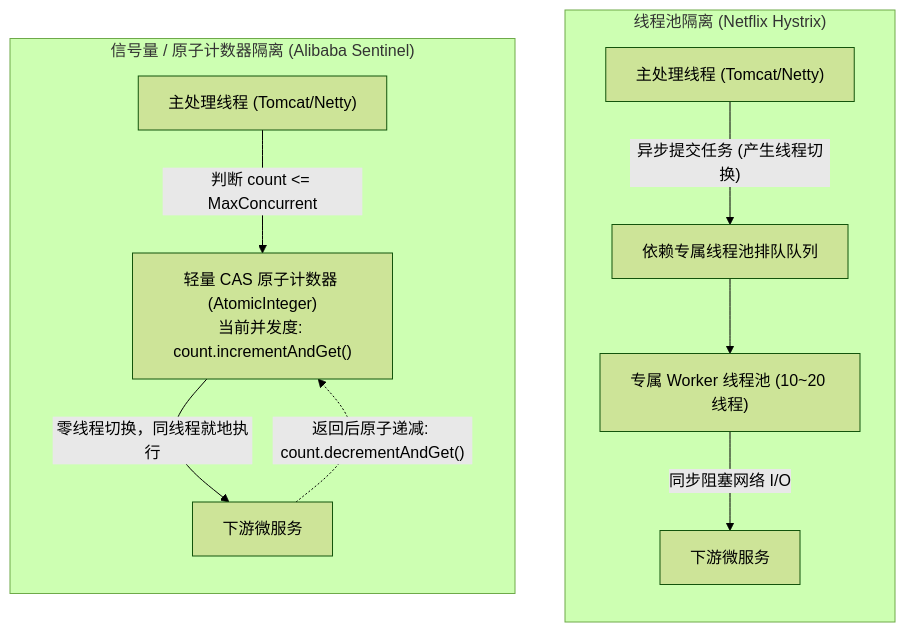
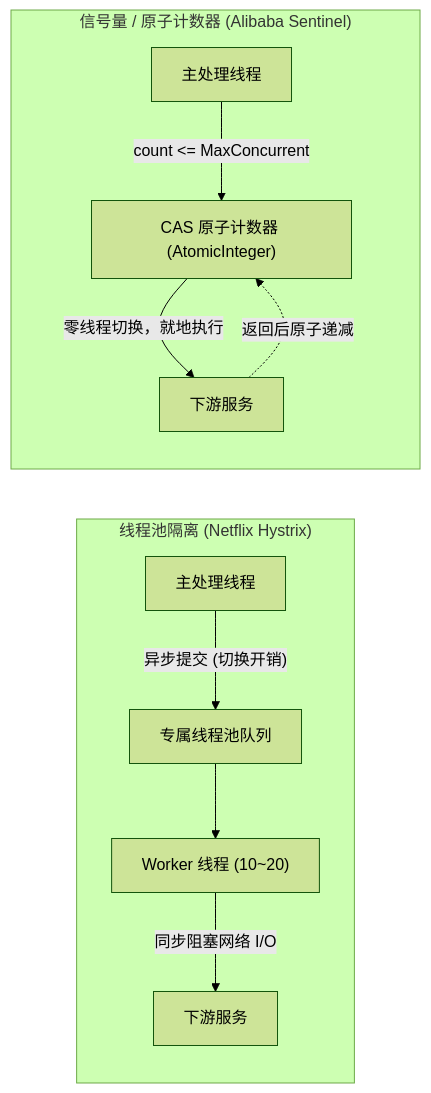
The second of 5 diagrams in content/posts/interview-deep-dives/interview-60-distributed-circuit-breaker-sentinel-hystrix.md (MoreConsequence/MoreConsequence.github.io), drawn with Mermaid (forest theme) before and after one commit. The commit also changed other lines of this file and 835 other files, not shown here.

First line of the commit message:
feat(blog): 全站33篇新增深度专栏与博文全量审核上线及矢量图表优化

````diff
--- a/content/posts/interview-deep-dives/interview-60-distributed-circuit-breaker-sentinel-hystrix.md
+++ b/content/posts/interview-deep-dives/interview-60-distributed-circuit-breaker-sentinel-hystrix.md
@@ -69,25 +69,16 @@
 ```mermaid
-flowchart TD
+flowchart LR
     subgraph ThreadPoolIsolation["线程池隔离 (Netflix Hystrix)"]
         direction TB
-        MainThread1["主处理线程 (Tomcat/Netty)"]
-        HystrixQueue["依赖专属线程池排队队列"]
-        WorkerThread["专属 Worker 线程池 (10~20 线程)"]
-        Downstream1["下游微服务"]
-
-        MainThread1 -->|"异步提交任务 (产生线程切换)"| HystrixQueue
-        HystrixQueue --> WorkerThread
-        WorkerThread -->|"同步阻塞网络 I/O"| Downstream1
+        MainThread1["主处理线程"] -->|"异步提交 (切换开销)"| HystrixQueue["专属线程池队列"]
+        HystrixQueue --> WorkerThread["Worker 线程 (10~20)"]
+        WorkerThread -->|"同步阻塞网络 I/O"| Downstream1["下游服务"]
     end
 
-    subgraph SemaphoreIsolation["信号量 / 原子计数器隔离 (Alibaba Sentinel)"]
+    subgraph SemaphoreIsolation["信号量 / 原子计数器 (Alibaba Sentinel)"]
         direction TB
-        MainThread2["主处理线程 (Tomcat/Netty)"]
-        AtomicCounter["轻量 CAS 原子计数器 (AtomicInteger)\n当前并发度: count.incrementAndGet()"]
-        Downstream2["下游微服务"]
-
-        MainThread2 -->|"判断 count <= MaxConcurrent"| AtomicCounter
-        AtomicCounter -->|"零线程切换，同线程就地执行"| Downstream2
-        Downstream2 -.->|"返回后原子递减: count.decrementAndGet()"| AtomicCounter
+        MainThread2["主处理线程"] -->|"count <= MaxConcurrent"| AtomicCounter["CAS 原子计数器 (AtomicInteger)"]
+        AtomicCounter -->|"零线程切换，就地执行"| Downstream2["下游服务"]
+        Downstream2 -.->|"返回后原子递减"| AtomicCounter
     end
 ```
````
